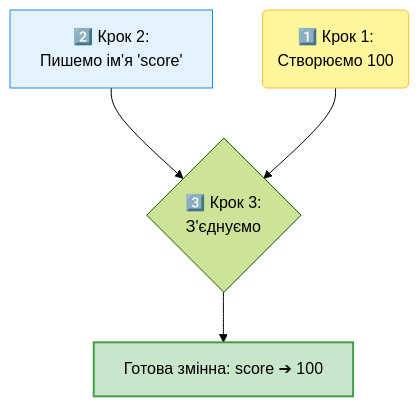
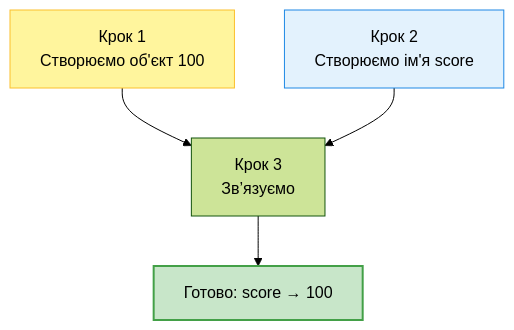
Before and after one commit to dmytroway/python3-code-inf: the second of 4 diagrams in content/Курс python/lesson1.md, drawn with Mermaid (forest theme). The commit also changed other lines of this file, not shown here.

Commit message:
оновлений мермейд

````diff
--- a/content/Курс python/lesson1.md
+++ b/content/Курс python/lesson1.md
@@ -86,21 +86,16 @@
 ```mermaid
 flowchart TD
-    %% Крок 1
-    Step1("1️⃣ Крок 1:<br/>Створюємо 100")
-    
-    %% Крок 2
-    Step2["2️⃣ Крок 2:<br/>Пишемо ім'я 'score'"]
-    
-    %% Крок 3 (Дія) - ТУТ БУЛА ПОМИЛКА (додано лапки)
-    Action{"3️⃣ Крок 3:<br/>З'єднуємо"}
+    Step1["Крок 1<br/>Створюємо об'єкт 100"]
+    Step2["Крок 2<br/>Створюємо ім'я score"]
+    Action["Крок 3<br/>Зв’язуємо"]
+    Result["Готово: score → 100"]
 
-    %% Зв'язки
+    Step1 --> Action
     Step2 --> Action
-    Step1 --> Action
-    Action --> Result["Готова змінна: score ➔ 100"]
+    Action --> Result
 
-    %% Стилі
     style Step1 fill:#FFF59D,stroke:#FBC02D
     style Step2 fill:#E3F2FD,stroke:#1E88E5
     style Result fill:#C8E6C9,stroke:#43A047,stroke-width:2px
+
 ```
````
